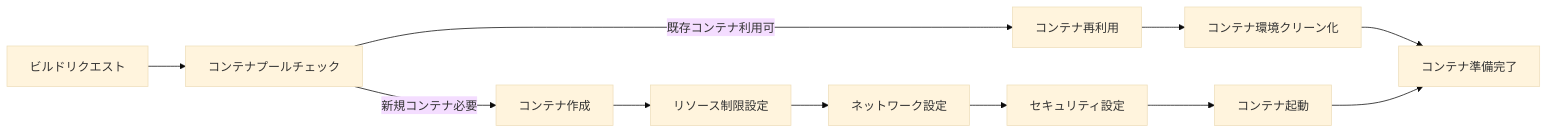
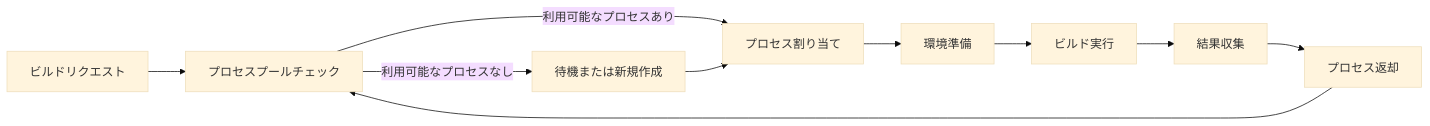
Before and after one commit to shiftplus-corp-homan-keisuke/artifact: the third of 9 diagrams in 詳細設計書.md, drawn with Mermaid (base theme). The commit also changed other lines of this file and 3 other files, not shown here.

First line of the commit message:
feat: Implement container pool for build process optimization

````diff
--- a/詳細設計書.md
+++ b/詳細設計書.md
@@ -125,13 +125,12 @@
 ```mermaid
 flowchart LR
-    Request[ビルドリクエスト] --> ContainerPool[コンテナプールチェック]
-    ContainerPool --> |既存コンテナ利用可| ReuseContainer[コンテナ再利用]
-    ContainerPool --> |新規コンテナ必要| CreateContainer[コンテナ作成]
-    CreateContainer --> ResourceLimits[リソース制限設定]
-    ResourceLimits --> NetworkConfig[ネットワーク設定]
-    NetworkConfig --> SecurityConfig[セキュリティ設定]
-    SecurityConfig --> ContainerStart[コンテナ起動]
-    ReuseContainer --> ContainerCleanup[コンテナ環境クリーン化]
-    ContainerCleanup --> PrepareContainer[コンテナ準備完了]
-    ContainerStart --> PrepareContainer
+    Request[ビルドリクエスト] --> ProcessPool[プロセスプールチェック]
+    ProcessPool --> |利用可能なプロセスあり| AssignProcess[プロセス割り当て]
+    ProcessPool --> |利用可能なプロセスなし| WaitOrCreate[待機または新規作成]
+    AssignProcess --> PrepareEnv[環境準備]
+    WaitOrCreate --> AssignProcess
+    PrepareEnv --> ExecuteBuild[ビルド実行]
+    ExecuteBuild --> CollectResult[結果収集]
+    CollectResult --> ReleaseProcess[プロセス返却]
+    ReleaseProcess --> ProcessPool
 ```
````
